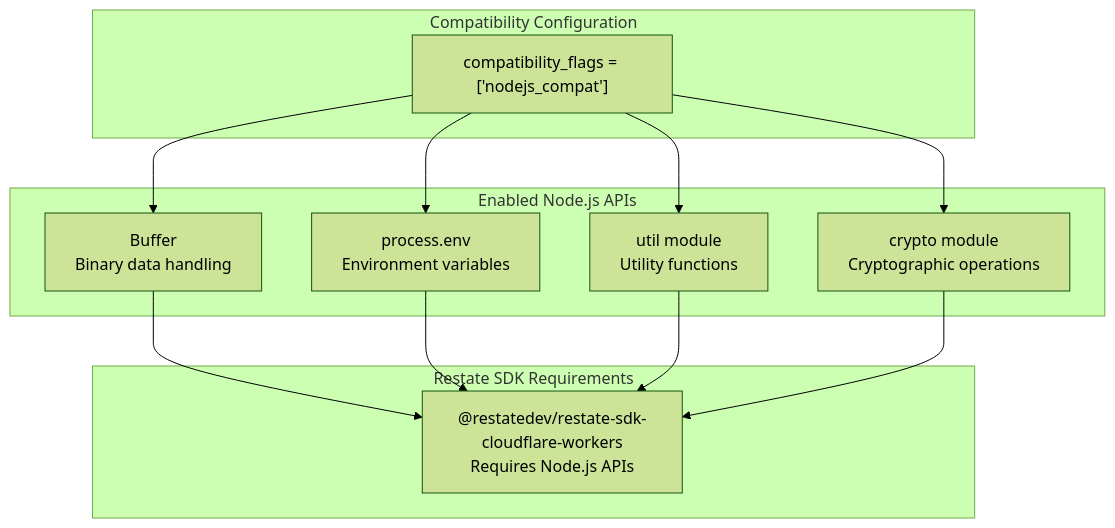
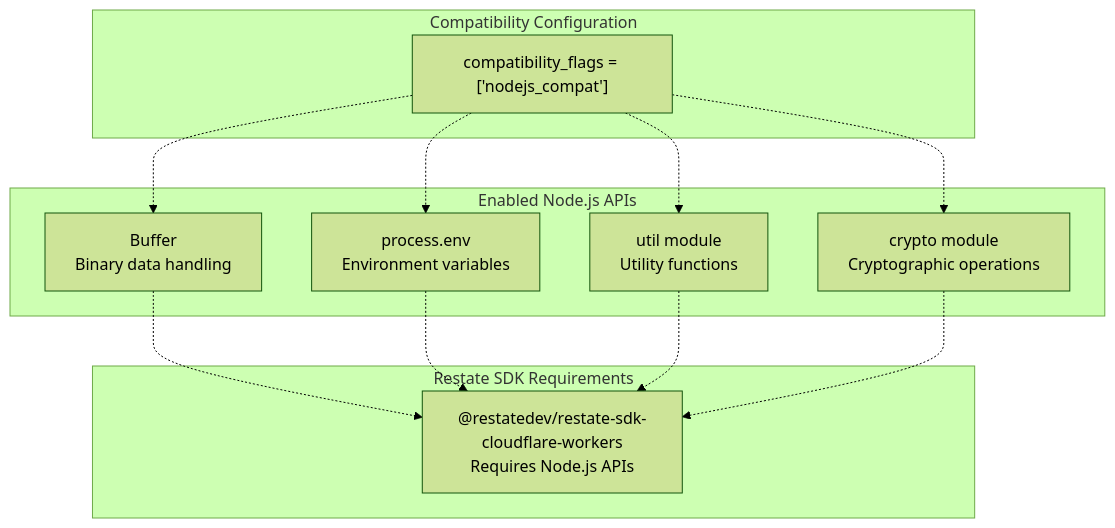
One commit to philipz/restate-cloudflare-workers-poc changed the second of 4 diagrams in docs/deepwiki/Wrangler-Configuration.md. Above: the diagram before and after it, drawn with Mermaid (forest theme). The commit also changed other lines of this file and 27 other files, not shown here.

````diff
--- a/docs/deepwiki/Wrangler-Configuration.md
+++ b/docs/deepwiki/Wrangler-Configuration.md
@@ -110,34 +110,34 @@
 ```mermaid
 flowchart TD
 
 Config["compatibility_flags = ['nodejs_compat']"]
 Buffer["Buffer<br>Binary data handling"]
 Process["process.env<br>Environment variables"]
 Util["util module<br>Utility functions"]
 Crypto["crypto module<br>Cryptographic operations"]
 RestateSDK["@restatedev/restate-sdk-cloudflare-workers<br>Requires Node.js APIs"]
 
-Config --> Buffer
-Config --> Process
-Config --> Util
-Config --> Crypto
-Buffer --> RestateSDK
-Process --> RestateSDK
-Util --> RestateSDK
-Crypto --> RestateSDK
+Config -.-> Buffer
+Config -.-> Process
+Config -.-> Util
+Config -.-> Crypto
+Buffer -.-> RestateSDK
+Process -.-> RestateSDK
+Util -.-> RestateSDK
+Crypto -.-> RestateSDK
 
 subgraph subGraph2 ["Restate SDK Requirements"]
     RestateSDK
 end
 
 subgraph subGraph1 ["Enabled Node.js APIs"]
     Buffer
     Process
     Util
     Crypto
 end
 
 subgraph subGraph0 ["Compatibility Configuration"]
     Config
 end
 ```
````
